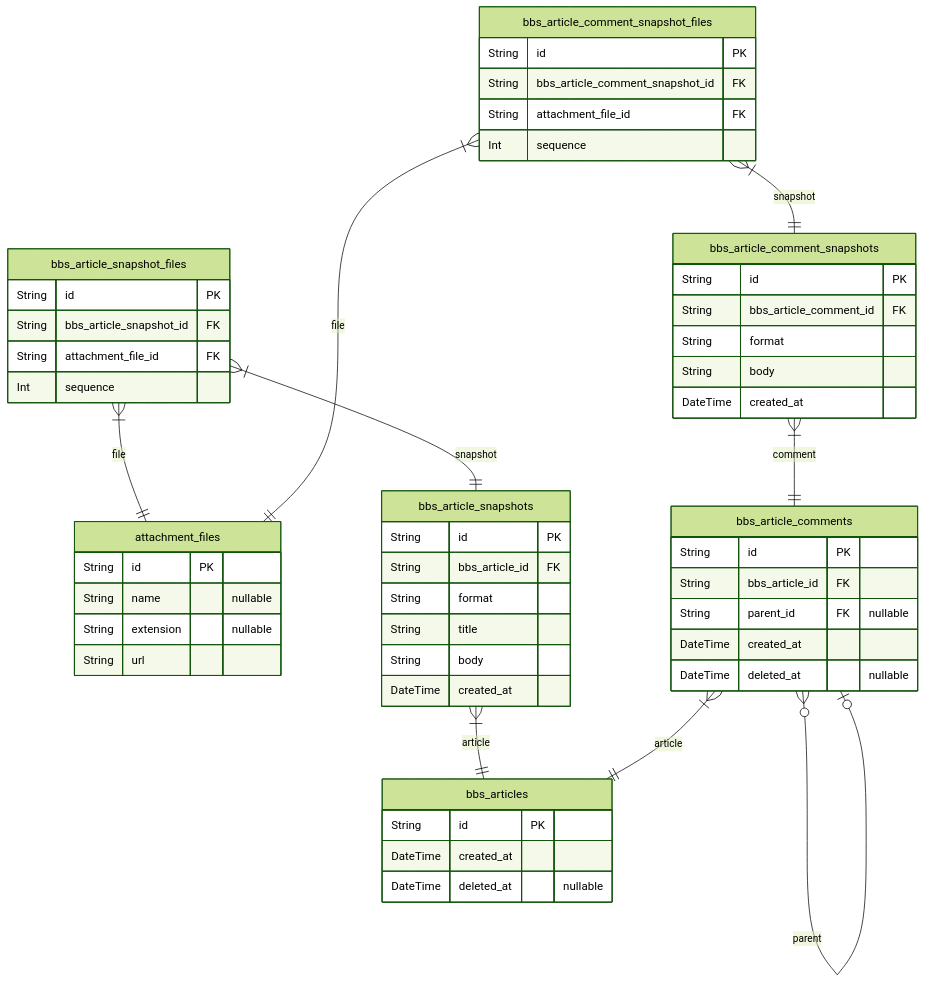
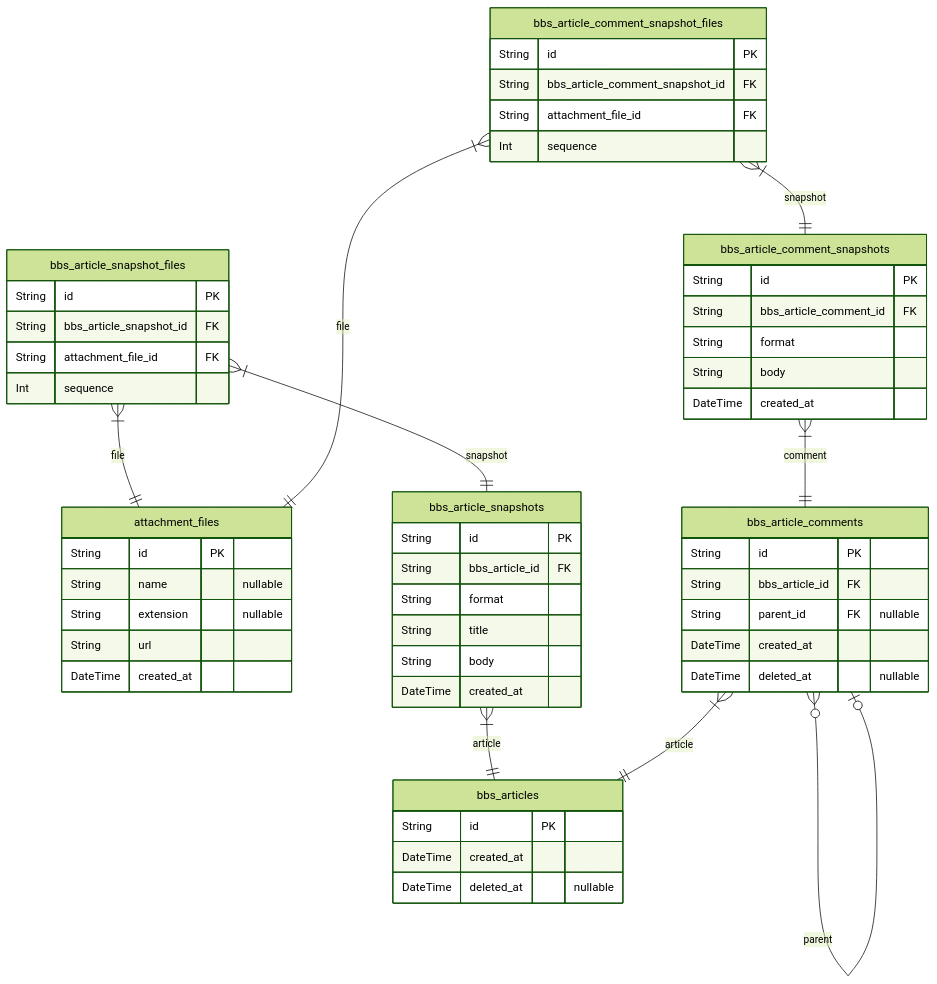
Before and after one commit to samchon/shopping-backend: the first of 9 diagrams in docs/ERD.md, drawn with Mermaid (forest theme). The commit also changed other lines of this file and 27 other files, not shown here.

````diff
--- a/docs/ERD.md
+++ b/docs/ERD.md
@@ -15,56 +15,57 @@
 ```mermaid
 erDiagram
 attachment_files {
     String id PK
     String name "nullable"
     String extension "nullable"
     String url
+    DateTime created_at
 }
 bbs_articles {
     String id PK
     DateTime created_at
     DateTime deleted_at "nullable"
 }
 bbs_article_snapshots {
     String id PK
     String bbs_article_id FK
     String format
     String title
     String body
     DateTime created_at
 }
 bbs_article_snapshot_files {
     String id PK
     String bbs_article_snapshot_id FK
     String attachment_file_id FK
     Int sequence
 }
 bbs_article_comments {
     String id PK
     String bbs_article_id FK
     String parent_id FK "nullable"
     DateTime created_at
     DateTime deleted_at "nullable"
 }
 bbs_article_comment_snapshots {
     String id PK
     String bbs_article_comment_id FK
     String format
     String body
     DateTime created_at
 }
 bbs_article_comment_snapshot_files {
     String id PK
     String bbs_article_comment_snapshot_id FK
     String attachment_file_id FK
     Int sequence
 }
 bbs_article_snapshots }|--|| bbs_articles : article
 bbs_article_snapshot_files }|--|| bbs_article_snapshots : snapshot
 bbs_article_snapshot_files }|--|| attachment_files : file
 bbs_article_comments }|--|| bbs_articles : article
 bbs_article_comments }o--o| bbs_article_comments : parent
 bbs_article_comment_snapshots }|--|| bbs_article_comments : comment
 bbs_article_comment_snapshot_files }|--|| bbs_article_comment_snapshots : snapshot
 bbs_article_comment_snapshot_files }|--|| attachment_files : file
 ```
````
